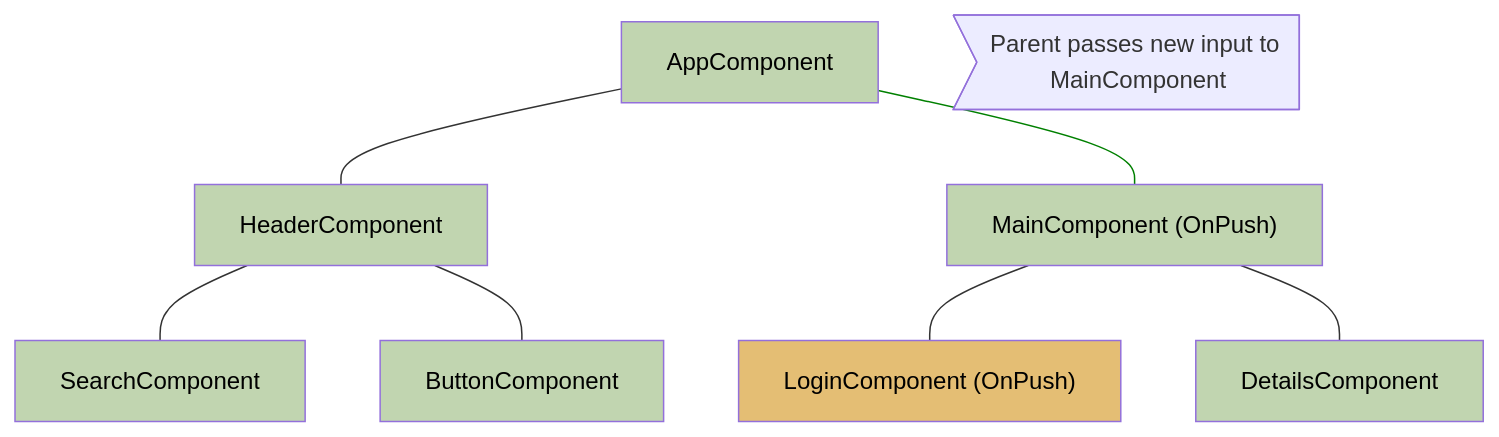
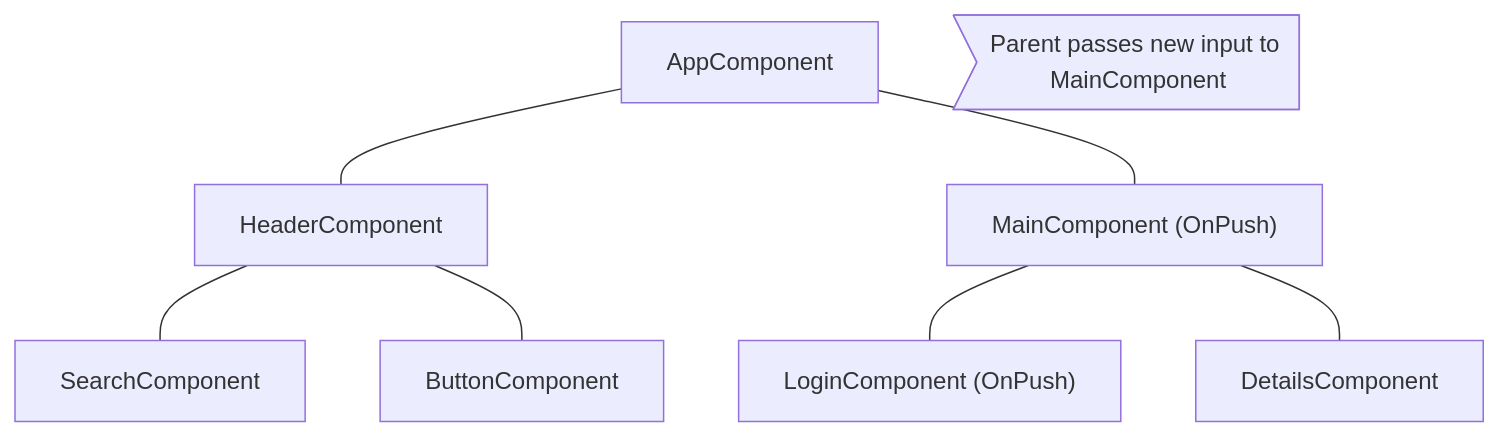
The fourth of 4 diagrams in adev-ja/src/content/best-practices/runtime-performance/skipping-subtrees.md (angular/angular-ja), drawn with Mermaid before and after one commit. The commit also changed other lines of this file and 113 other files, not shown here.

````diff
--- a/adev-ja/src/content/best-practices/runtime-performance/skipping-subtrees.md
+++ b/adev-ja/src/content/best-practices/runtime-performance/skipping-subtrees.md
@@ -113,20 +110,18 @@
 ```mermaid
 graph TD;
     app[AppComponent] --- header[HeaderComponent];
     app --- main["MainComponent (OnPush)"];
     header --- search[SearchComponent];
     header --- button[ButtonComponent];
     main --- login["LoginComponent (OnPush)"];
     main --- details[DetailsComponent];
     event>Parent passes new input to MainComponent]
 
-style login fill:#E4BE74,color:#000
-
-linkStyle 1 stroke:green
-style app fill:#C1D5B0,color:#000
-style header fill:#C1D5B0,color:#000
-style button fill:#C1D5B0,color:#000
-style search fill:#C1D5B0,color:#000
-style main fill:#C1D5B0,color:#000
-style details fill:#C1D5B0,color:#000
+class app checkedNode
+class header checkedNode
+class button checkedNode
+class search checkedNode
+class main checkedNode
+class details checkedNode
+class event eventNode
 ```
````
